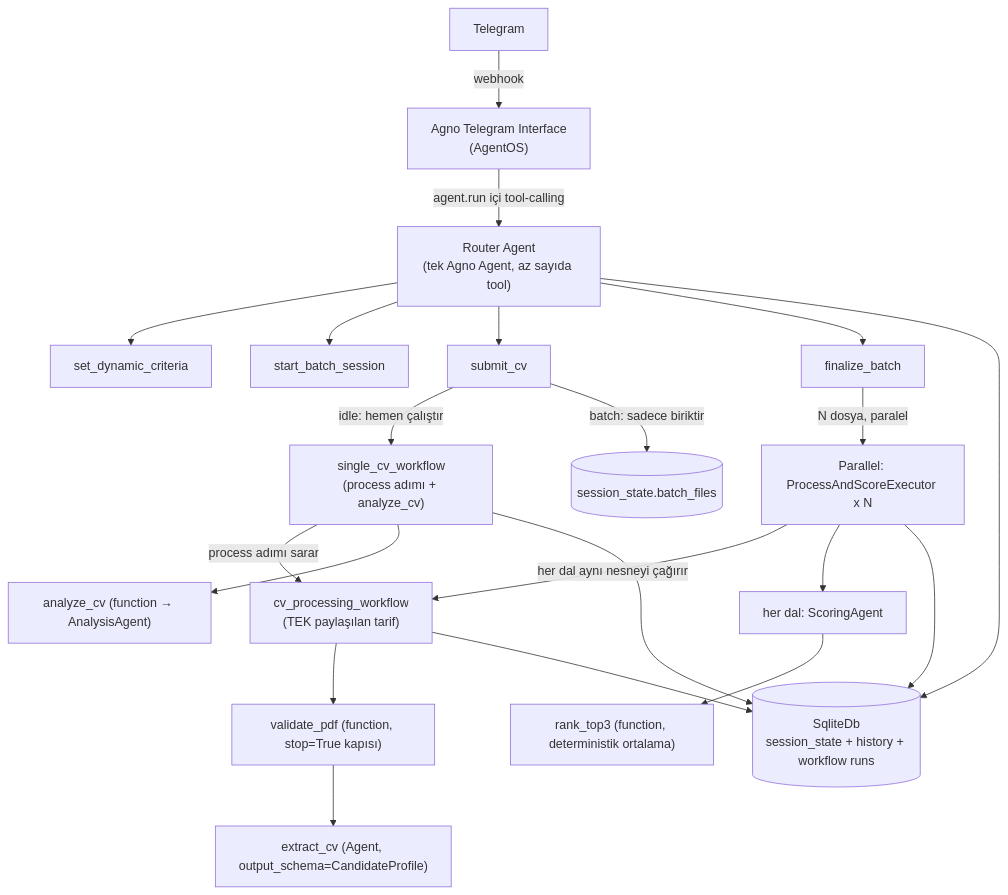
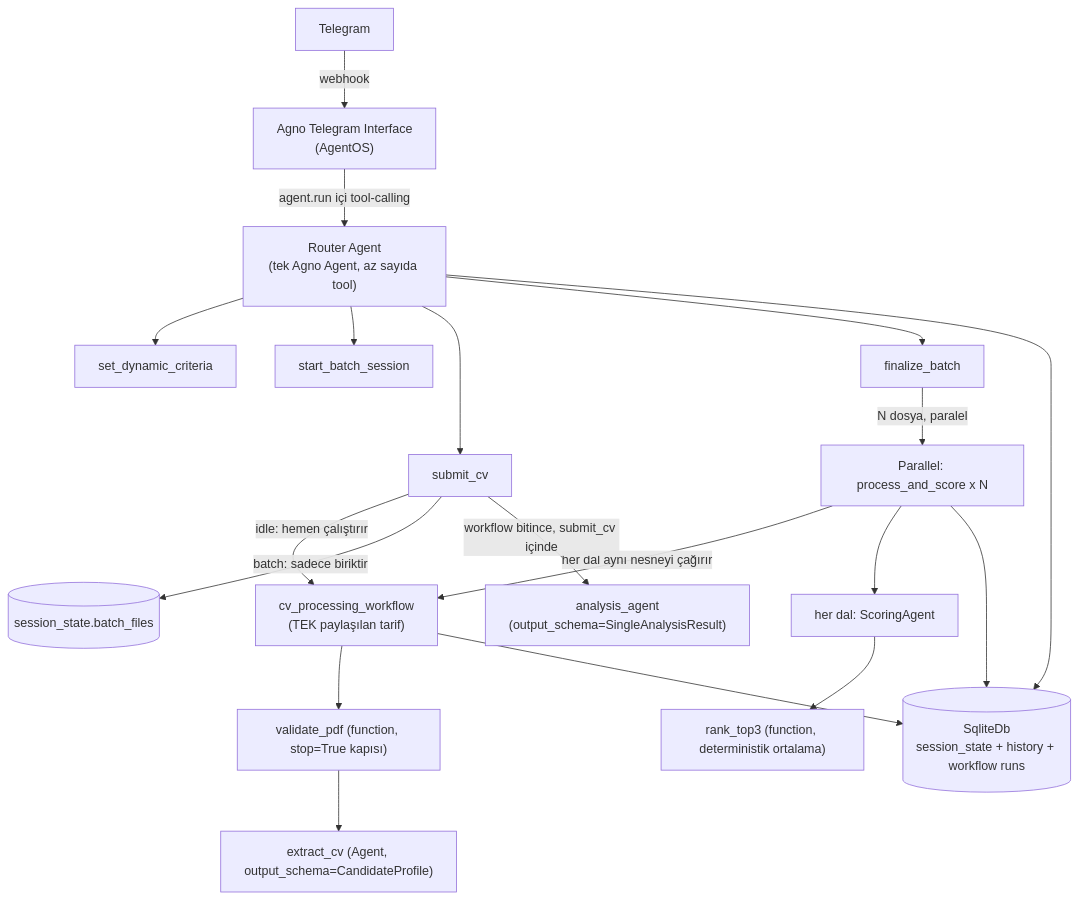
The first of 3 diagrams in ARCHITECTURE.md (Wijt/hr-ai-agent-telegram), drawn with Mermaid before and after one commit. The commit also changed other lines of this file and 19 other files, not shown here.

````diff
--- a/ARCHITECTURE.md
+++ b/ARCHITECTURE.md
@@ -36,20 +36,19 @@
 ```mermaid
 flowchart TB
     TG[Telegram] -->|webhook| IF["Agno Telegram Interface<br/>(AgentOS)"]
     IF -->|agent.run içi tool-calling| A["Router Agent<br/>(tek Agno Agent, az sayıda tool)"]
     A --> T1[set_dynamic_criteria]
     A --> T2[start_batch_session]
     A --> T3[submit_cv]
     A --> T4[finalize_batch]
-    T3 -->|idle: hemen çalıştır| SW["single_cv_workflow<br/>(process adımı + analyze_cv)"]
+    T3 -->|idle: hemen çalıştırır| CPW["cv_processing_workflow<br/>(TEK paylaşılan tarif)"]
     T3 -->|batch: sadece biriktir| BUF[("session_state.batch_files")]
-    T4 -->|N dosya, paralel| PAR["Parallel: ProcessAndScoreExecutor x N"]
-    SW -->|process adımı sarar| CPW["cv_processing_workflow<br/>(TEK paylaşılan tarif)"]
+    T4 -->|N dosya, paralel| PAR["Parallel: process_and_score x N"]
     PAR -->|her dal aynı nesneyi çağırır| CPW
     CPW --> S1["validate_pdf (function, stop=True kapısı)"]
     S1 --> S2["extract_cv (Agent, output_schema=CandidateProfile)"]
-    SW --> S3["analyze_cv (function → AnalysisAgent)"]
+    T3 -->|workflow bitince, submit_cv içinde| S3["analysis_agent<br/>(output_schema=SingleAnalysisResult)"]
     PAR --> S4["her dal: ScoringAgent"]
     S4 --> S5["rank_top3 (function, deterministik ortalama)"]
-    A & SW & CPW & PAR --> DB[(SqliteDb<br/>session_state + history + workflow runs)]
+    A & CPW & PAR --> DB[(SqliteDb<br/>session_state + history + workflow runs)]
 ```
````
